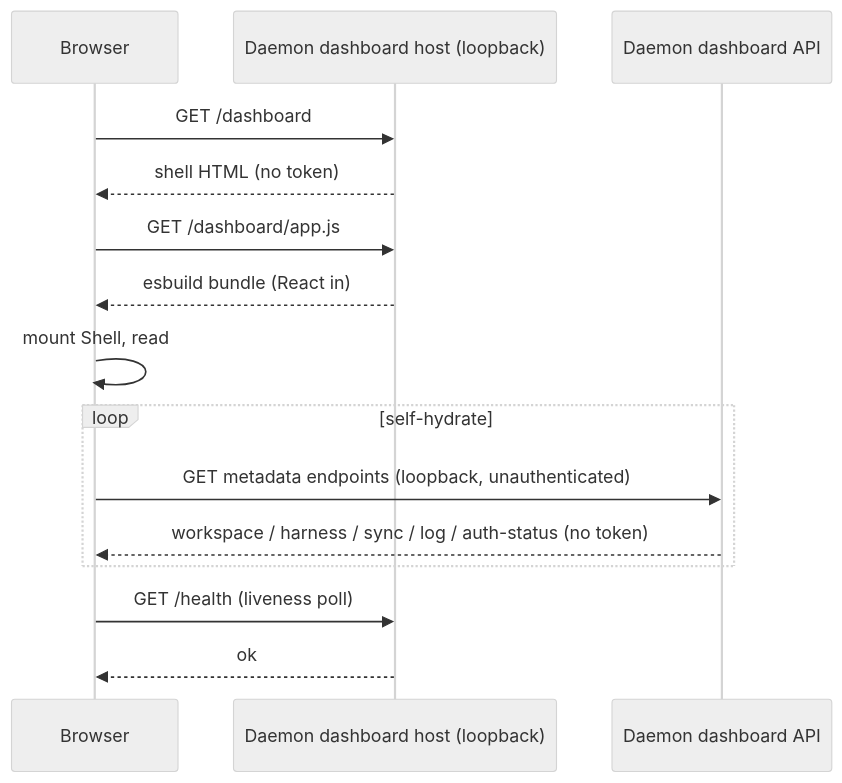
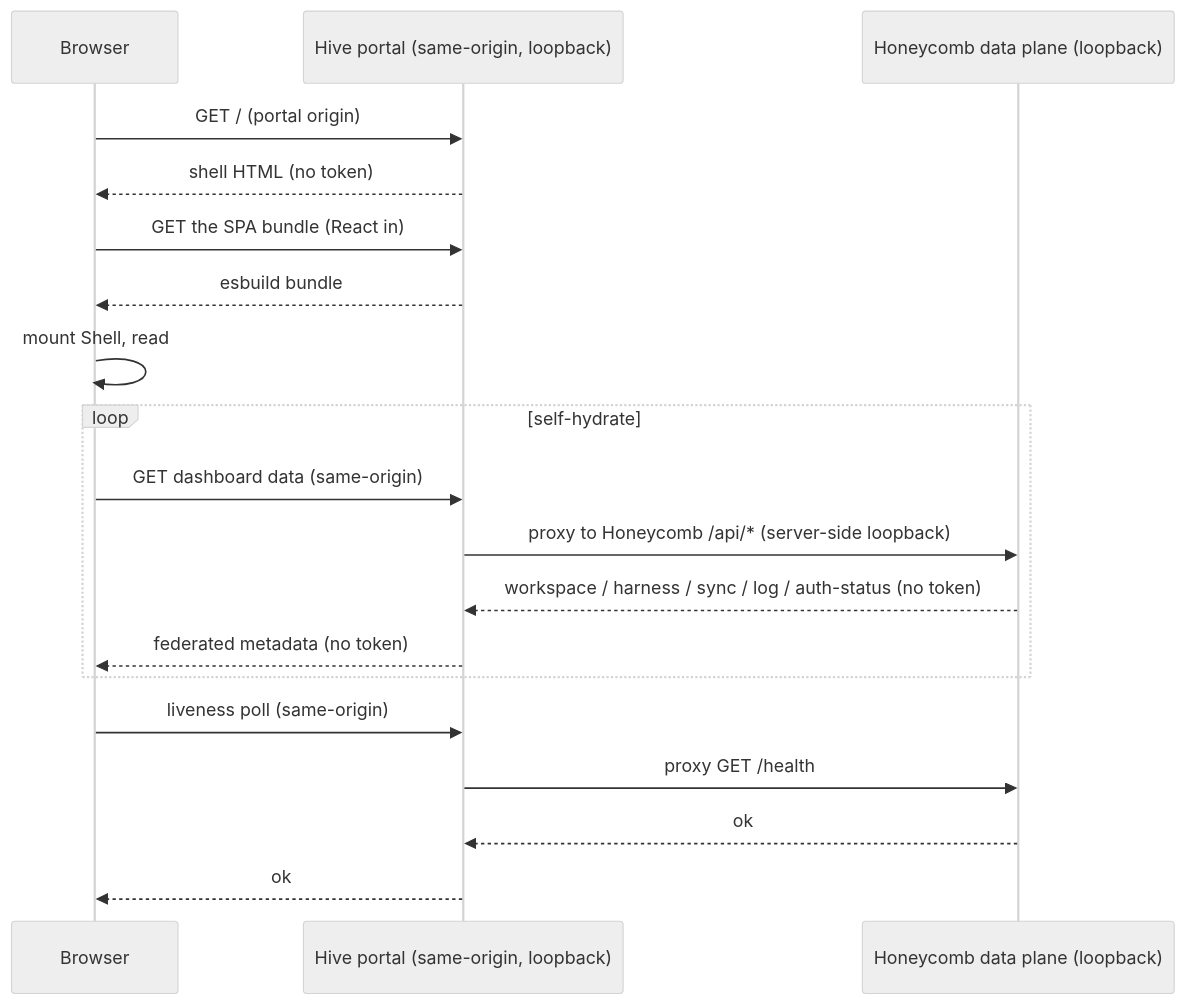
The second of 2 diagrams in library/knowledge/private/frontend/dashboard-architecture.md (legioncodeinc/honeycomb), drawn with Mermaid (neutral theme) before and after one commit. The commit also changed other lines of this file and 8 other files, not shown here.

````diff
--- a/library/knowledge/private/frontend/dashboard-architecture.md
+++ b/library/knowledge/private/frontend/dashboard-architecture.md
@@ -157,18 +144,22 @@
 ```mermaid
 sequenceDiagram
     participant browser as Browser
-    participant host as Daemon dashboard host (loopback)
-    participant api as Daemon dashboard API
+    participant hive as Hive portal (same-origin, loopback)
+    participant api as Honeycomb data plane (loopback)
 
-    browser->>host: GET /dashboard
-    host-->>browser: shell HTML (no token)
-    browser->>host: GET /dashboard/app.js
-    host-->>browser: esbuild bundle (React in)
+    browser->>hive: GET / (portal origin)
+    hive-->>browser: shell HTML (no token)
+    browser->>hive: GET the SPA bundle (React in)
+    hive-->>browser: esbuild bundle
     browser->>browser: mount Shell, read #hash route
     loop self-hydrate
-        browser->>api: GET metadata endpoints (loopback, unauthenticated)
-        api-->>browser: workspace / harness / sync / log / auth-status (no token)
+        browser->>hive: GET dashboard data (same-origin)
+        hive->>api: proxy to Honeycomb /api/* (server-side loopback)
+        api-->>hive: workspace / harness / sync / log / auth-status (no token)
+        hive-->>browser: federated metadata (no token)
     end
-    browser->>host: GET /health (liveness poll)
-    host-->>browser: ok
+    browser->>hive: liveness poll (same-origin)
+    hive->>api: proxy GET /health
+    api-->>hive: ok
+    hive-->>browser: ok
 ```
````
